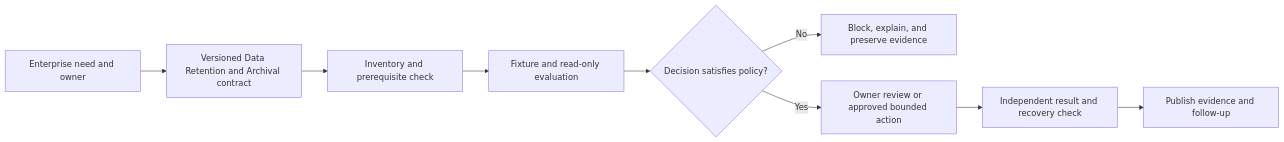
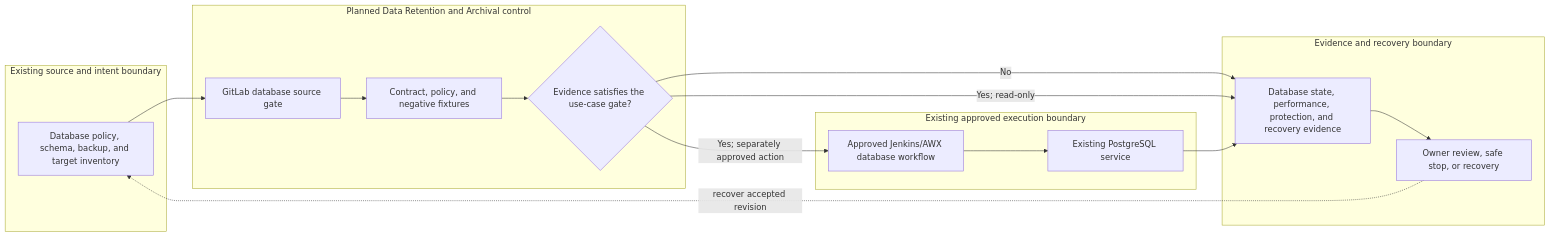
Before and after one commit to MIDHTECH/enterprise-architecture-docs: the diagram in docs/use-cases/database/UC-DB-018-data-retention-and-archival.md, drawn with Mermaid. The commit also changed other lines of this file and 227 other files, not shown here.

Commit message:
Deepen architecture for all use case designs

````diff
--- a/docs/use-cases/database/UC-DB-018-data-retention-and-archival.md
+++ b/docs/use-cases/database/UC-DB-018-data-retention-and-archival.md
@@ -136,11 +129,25 @@
 ```mermaid
 flowchart LR
-    Need["Enterprise need and owner"] --> Contract["Versioned Data Retention and Archival contract"]
-    Contract --> Preflight["Inventory and prerequisite check"]
-    Preflight --> Evaluate["Fixture and read-only evaluation"]
-    Evaluate --> Decision{"Decision satisfies policy?"}
-    Decision -->|No| Stop["Block, explain, and preserve evidence"]
-    Decision -->|Yes| Review["Owner review or approved bounded action"]
-    Review --> Verify["Independent result and recovery check"]
-    Verify --> Publish["Publish evidence and follow-up"]
+    subgraph Source["Existing source and intent boundary"]
+        A["Database policy, schema, backup, and target inventory"]
+    end
+    subgraph Planned["Planned Data Retention and Archival control"]
+        B["GitLab database source gate"]
+        C["Contract, policy, and negative fixtures"]
+        D{"Evidence satisfies the use-case gate?"}
+    end
+    subgraph Runtime["Existing approved execution boundary"]
+        E["Approved Jenkins/AWX database workflow"]
+        F["Existing PostgreSQL service"]
+    end
+    subgraph Assurance["Evidence and recovery boundary"]
+        G["Database state, performance, protection, and recovery evidence"]
+        H["Owner review, safe stop, or recovery"]
+    end
+
+    A --> B --> C --> D
+    D -->|No| G --> H
+    D -->|Yes; read-only| G
+    D -->|Yes; separately approved action| E --> F --> G
+    H -. recover accepted revision .-> A
 ```
````
